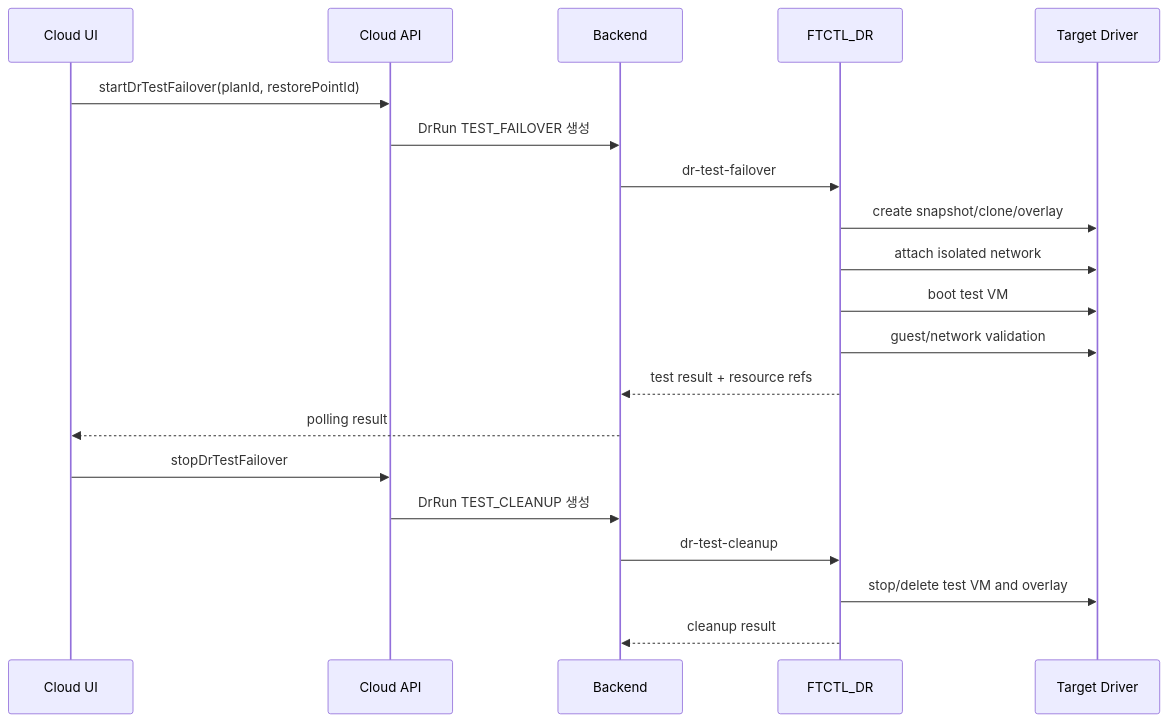
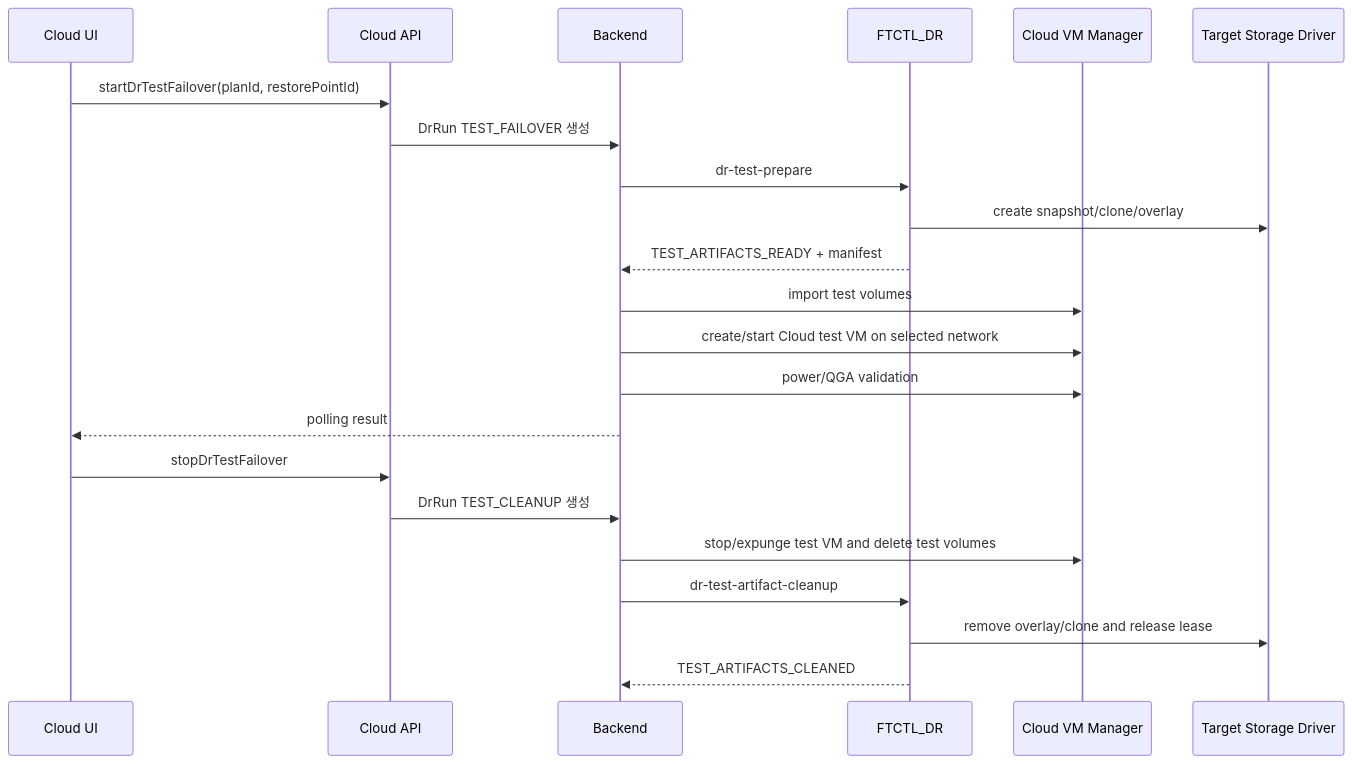
The third of 7 diagrams in docs/ftctl/522-cross-hypervisor-dr-protection-failover-failback-sequence-design-20260701.md (dhslove/ablestack-cloud), drawn with Mermaid before and after one commit. The commit also changed other lines of this file and 38 other files, not shown here.

````diff
--- a/docs/ftctl/522-cross-hypervisor-dr-protection-failover-failback-sequence-design-20260701.md
+++ b/docs/ftctl/522-cross-hypervisor-dr-protection-failover-failback-sequence-design-20260701.md
@@ -161,23 +161,25 @@
 ```mermaid
 sequenceDiagram
   participant UI as Cloud UI
   participant API as Cloud API
   participant B as Backend
   participant F as FTCTL_DR
-  participant T as Target Driver
+  participant C as Cloud VM Manager
+  participant T as Target Storage Driver
 
   UI->>API: startDrTestFailover(planId, restorePointId)
   API->>B: DrRun TEST_FAILOVER 생성
-  B->>F: dr-test-failover
+  B->>F: dr-test-prepare
   F->>T: create snapshot/clone/overlay
-  F->>T: attach isolated network
-  F->>T: boot test VM
-  F->>T: guest/network validation
-  F-->>B: test result + resource refs
+  F-->>B: TEST_ARTIFACTS_READY + manifest
+  B->>C: import test volumes
+  B->>C: create/start Cloud test VM on selected network
+  B->>C: power/QGA validation
   B-->>UI: polling result
   UI->>API: stopDrTestFailover
   API->>B: DrRun TEST_CLEANUP 생성
-  B->>F: dr-test-cleanup
-  F->>T: stop/delete test VM and overlay
-  F-->>B: cleanup result
+  B->>C: stop/expunge test VM and delete test volumes
+  B->>F: dr-test-artifact-cleanup
+  F->>T: remove overlay/clone and release lease
+  F-->>B: TEST_ARTIFACTS_CLEANED
 ```
````
